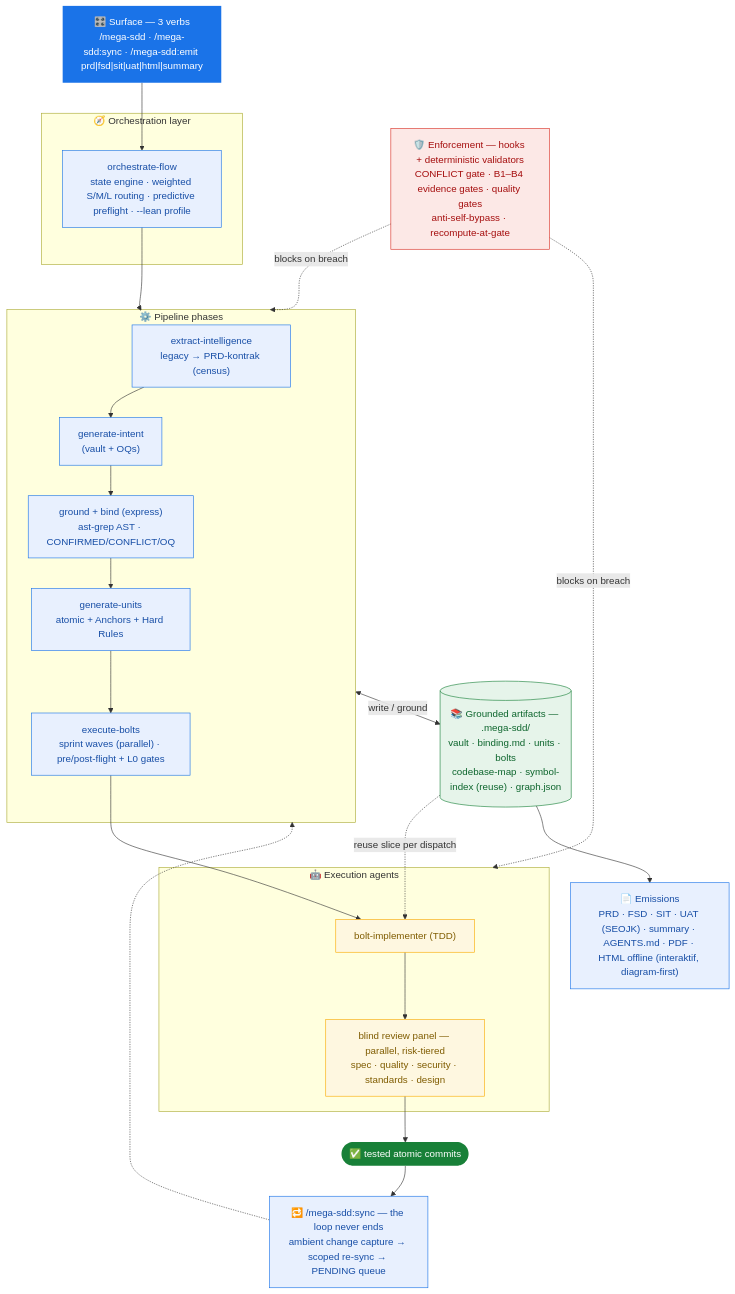
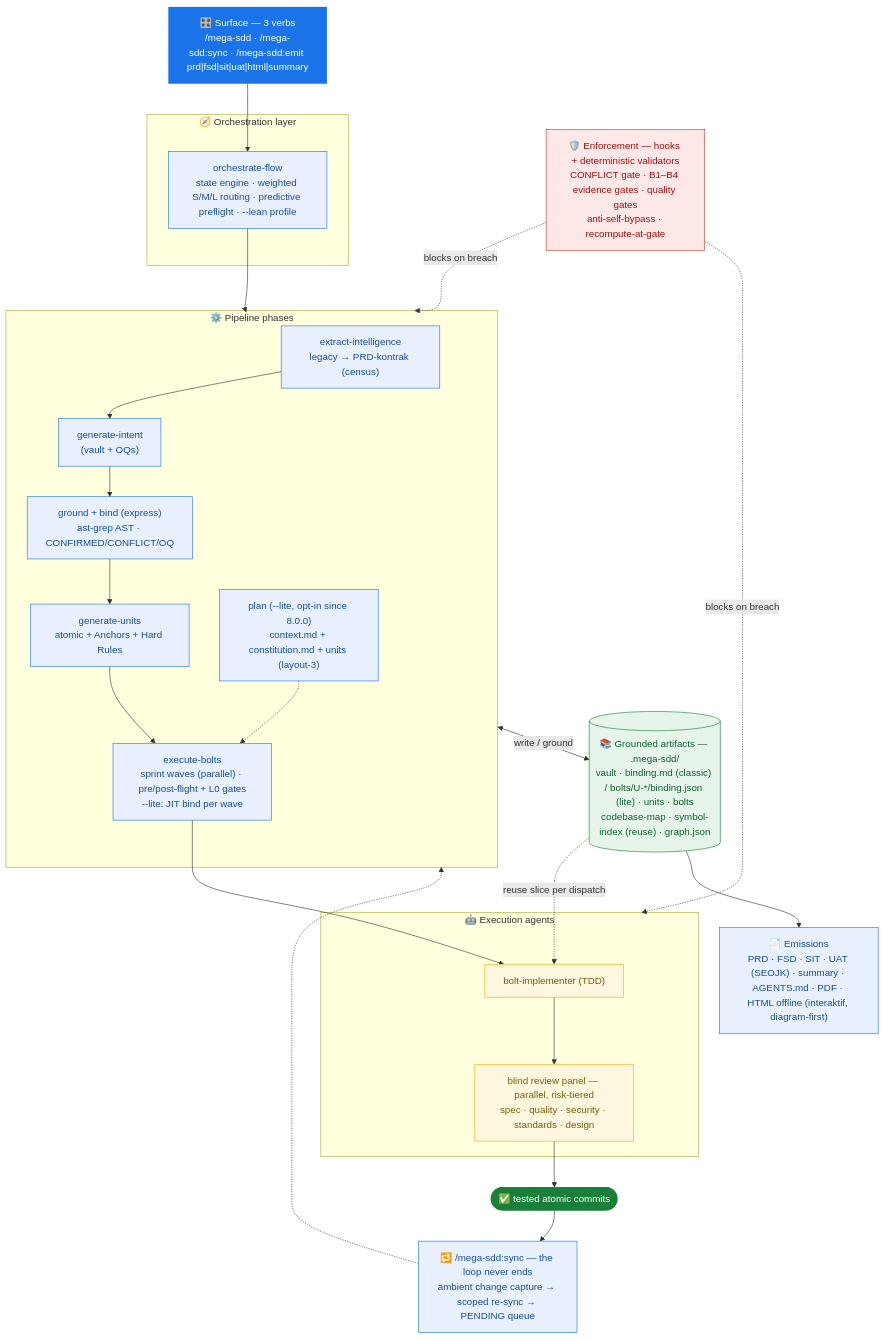
One commit to FarhanRiuzaki/Mega-SDD changed the diagram in README.md. Above: the diagram before and after it, drawn with Mermaid. The commit also changed other lines of this file and 2 other files, not shown here.

````diff
--- a/README.md
+++ b/README.md
@@ -194,41 +195,42 @@
 ```mermaid
 flowchart TB
     classDef surface fill:#1a73e8,color:#fff,stroke:none
     classDef phase fill:#e8f0fe,stroke:#1a73e8,color:#174ea6
     classDef agent fill:#fef7e0,stroke:#f9ab00,color:#7f5c00
     classDef art fill:#e6f4ea,stroke:#188038,color:#0d652d
     classDef moat fill:#fce8e6,stroke:#d93025,color:#a50e0e
     classDef out fill:#188038,color:#fff,stroke:none
 
     CMD["🎛️ Surface — 3 verbs<br/>/mega-sdd · /mega-sdd:sync · /mega-sdd:emit prd|fsd|sit|uat|html|summary"]:::surface
 
     subgraph ORCH["🧭 Orchestration layer"]
         OF["orchestrate-flow<br/>state engine · weighted S/M/L routing · predictive preflight · --lean profile"]:::phase
     end
 
     subgraph PIPE["⚙️ Pipeline phases"]
         EXTRACT["extract-intelligence<br/>legacy → PRD-kontrak (census)"]:::phase --> INTENT["generate-intent<br/>(vault + OQs)"]:::phase
         INTENT --> GROUND["ground + bind (express)<br/>ast-grep AST · CONFIRMED/CONFLICT/OQ"]:::phase
-        GROUND --> UNITS["generate-units<br/>atomic + Anchors + Hard Rules"]:::phase --> BOLTS["execute-bolts<br/>sprint waves (parallel) · pre/post-flight + L0 gates"]:::phase
+        GROUND --> UNITS["generate-units<br/>atomic + Anchors + Hard Rules"]:::phase --> BOLTS["execute-bolts<br/>sprint waves (parallel) · pre/post-flight + L0 gates<br/>--lite: JIT bind per wave"]:::phase
+        PLAN["plan (--lite, opt-in since 8.0.0)<br/>context.md + constitution.md + units (layout-3)"]:::phase -.-> BOLTS
     end
 
     subgraph EXEC["🤖 Execution agents"]
         IMPL["bolt-implementer (TDD)"]:::agent --> PANEL["blind review panel — parallel, risk-tiered<br/>spec · quality · security · standards · design"]:::agent
     end
 
-    ART[("📚 Grounded artifacts — .mega-sdd/<br/>vault · binding.md · units · bolts<br/>codebase-map · symbol-index (reuse) · graph.json")]:::art
+    ART[("📚 Grounded artifacts — .mega-sdd/<br/>vault · binding.md (classic) / bolts/U-*/binding.json (lite) · units · bolts<br/>codebase-map · symbol-index (reuse) · graph.json")]:::art
     MOAT["🛡️ Enforcement — hooks + deterministic validators<br/>CONFLICT gate · B1–B4 evidence gates · quality gates<br/>anti-self-bypass · recompute-at-gate"]:::moat
     DOCS["📄 Emissions<br/>PRD · FSD · SIT · UAT (SEOJK) · summary · AGENTS.md · PDF · HTML offline (interaktif, diagram-first)"]:::phase
     OUT(["✅ tested atomic commits"]):::out
     SYNC["🔁 /mega-sdd:sync — the loop never ends<br/>ambient change capture → scoped re-sync → PENDING queue"]:::phase
 
     CMD --> OF --> PIPE
     BOLTS --> IMPL
     PANEL --> OUT
     PIPE <-->|write / ground| ART
     ART -.reuse slice per dispatch.-> IMPL
     MOAT -.blocks on breach.-> PIPE
     MOAT -.blocks on breach.-> EXEC
     ART --> DOCS
     OUT --> SYNC -.-> PIPE
 ```
````
